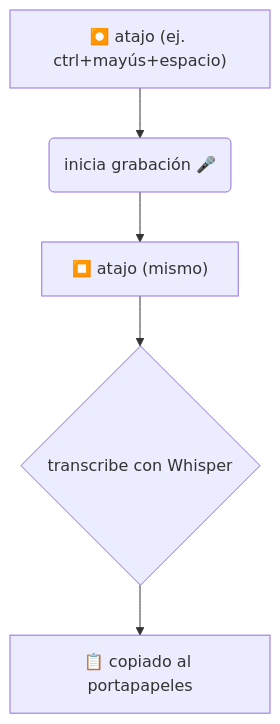
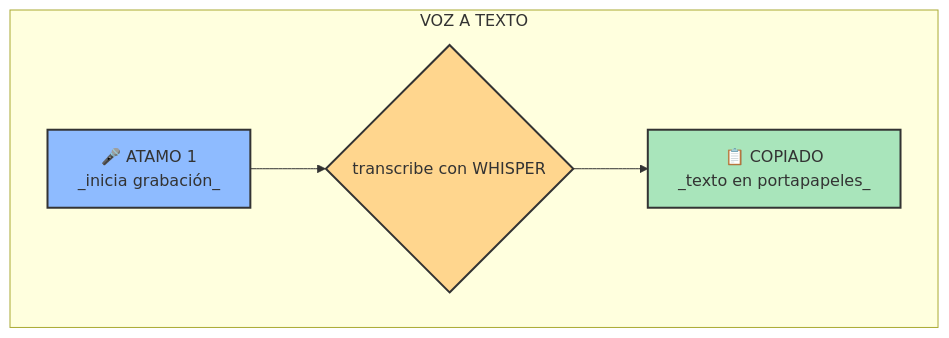
The first of 2 diagrams in README.md (zarvent/25-whisper-dictation), drawn with Mermaid before and after one commit. The commit also changed other lines of this file and 20 other files, not shown here.

````diff
--- a/README.md
+++ b/README.md
@@ -23,8 +35,12 @@
 ```mermaid
 %%{init: {"flowchart": {"htmlLabels": false}} }%%
 flowchart TD
-    A["⏺️ atajo (ej. ctrl+mayús+espacio)"] --> B("inicia grabación 🎤")
-    B --> C["⏹️ atajo (mismo)"]
-    C --> D{"transcribe con Whisper"}
-    D --> E["📋 copiado al portapapeles"]
+    subgraph VOZ A TEXTO
+        A["🎤 ATAMO 1<br/>_inicia grabación_"] --> B{"transcribe con WHISPER"}
+        B --> C["📋 COPIADO<br/>_texto en portapapeles_"]
+    end
+
+    style A fill:#8EBBFF,stroke:#333,stroke-width:2px
+    style B fill:#FFD68E,stroke:#333,stroke-width:2px
+    style C fill:#A9E5BB,stroke:#333,stroke-width:2px
 ```
````
